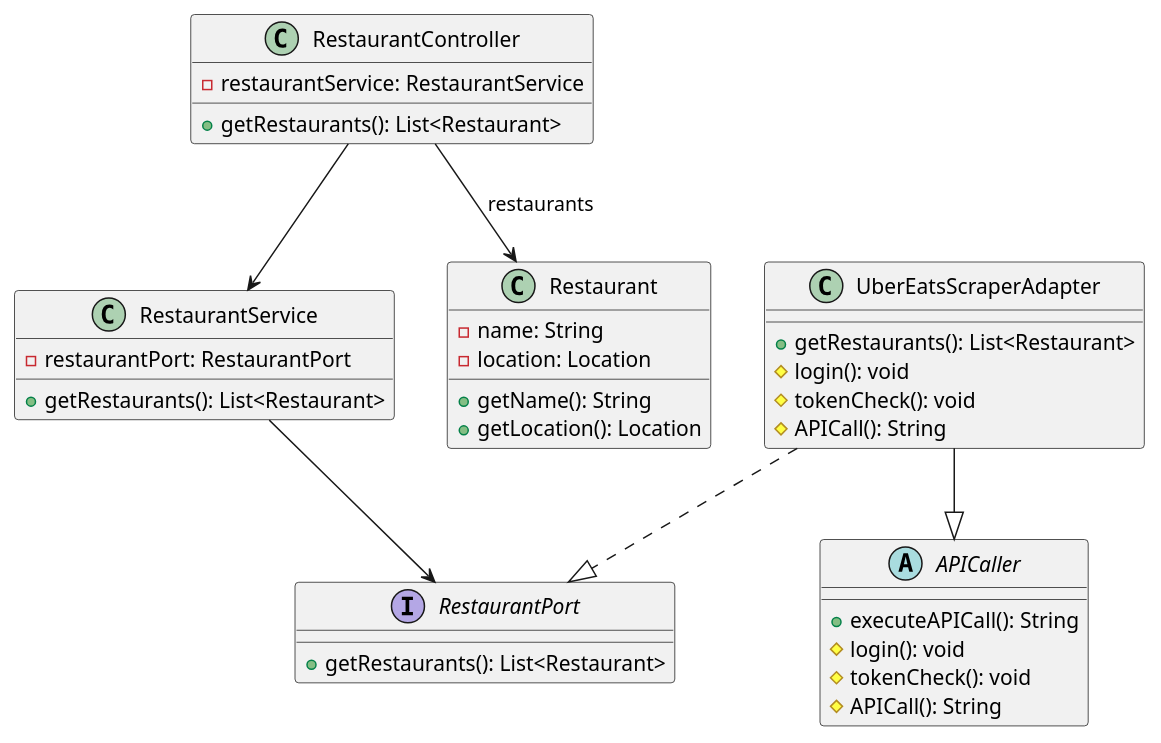
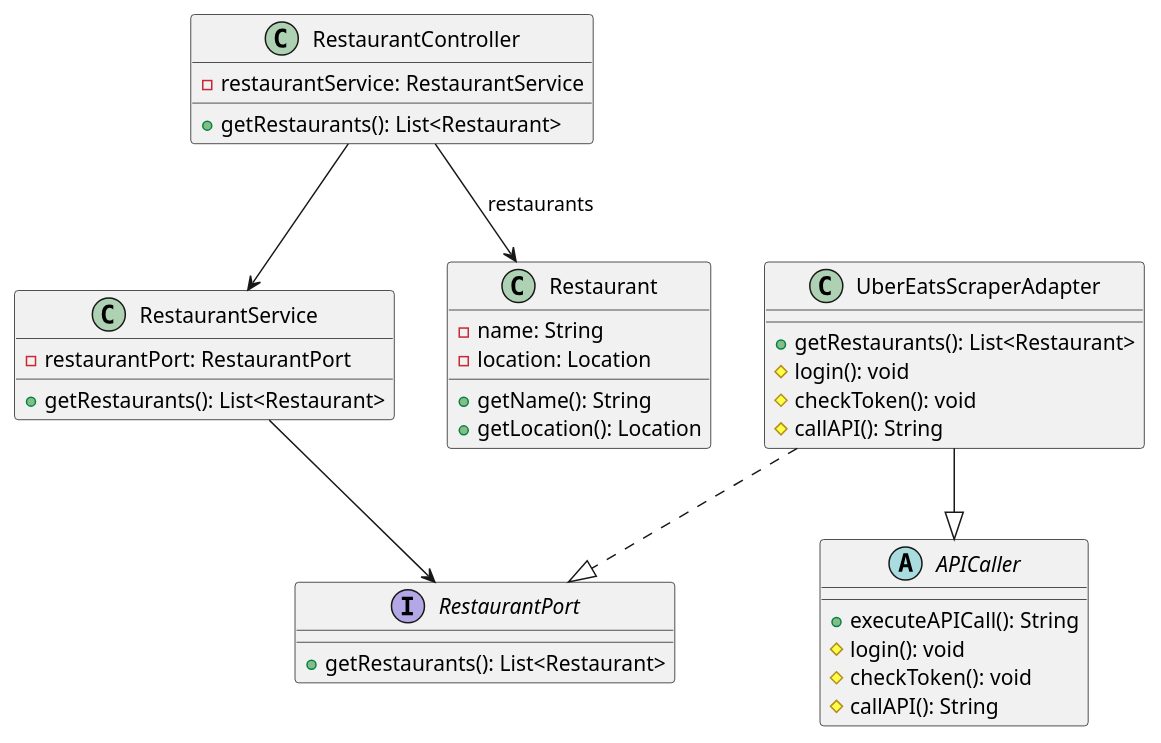
Before and after one commit to AIM-ENE-feb25/triptop-beca: the diagram in voorbereiding-les3-week2/classDiagramBE-eva.puml, drawn with PlantUML.

Commit message:
methodenamen aangepast

```diff
--- a/voorbereiding-les3-week2/classDiagramBE-eva.puml
+++ b/voorbereiding-les3-week2/classDiagramBE-eva.puml
@@ -1,48 +1,48 @@
 @startuml
 'https://plantuml.com/class-diagram
 
 class RestaurantController {
 - restaurantService: RestaurantService
 
 + getRestaurants(): List<Restaurant>
 }
 
 class RestaurantService {
 - restaurantPort: RestaurantPort
 
 + getRestaurants(): List<Restaurant>
 }
 
 abstract class APICaller {
 + executeAPICall(): String
 # login(): void
-# tokenCheck(): void
-# APICall(): String
+# checkToken(): void
+# callAPI(): String
 }
 
 interface RestaurantPort {
 + getRestaurants(): List<Restaurant>
 }
 
 class UberEatsScraperAdapter {
 + getRestaurants(): List<Restaurant>
 # login(): void
-# tokenCheck(): void
-# APICall(): String
+# checkToken(): void
+# callAPI(): String
 }
 
 class Restaurant {
 - name: String
 - location: Location
 + getName(): String
 + getLocation(): Location
 }
 
 RestaurantController --> RestaurantService
 RestaurantService --> RestaurantPort
 UberEatsScraperAdapter ..|> RestaurantPort
 UberEatsScraperAdapter --|> APICaller
 RestaurantController --> Restaurant : "restaurants"
 
 
 @enduml
```
